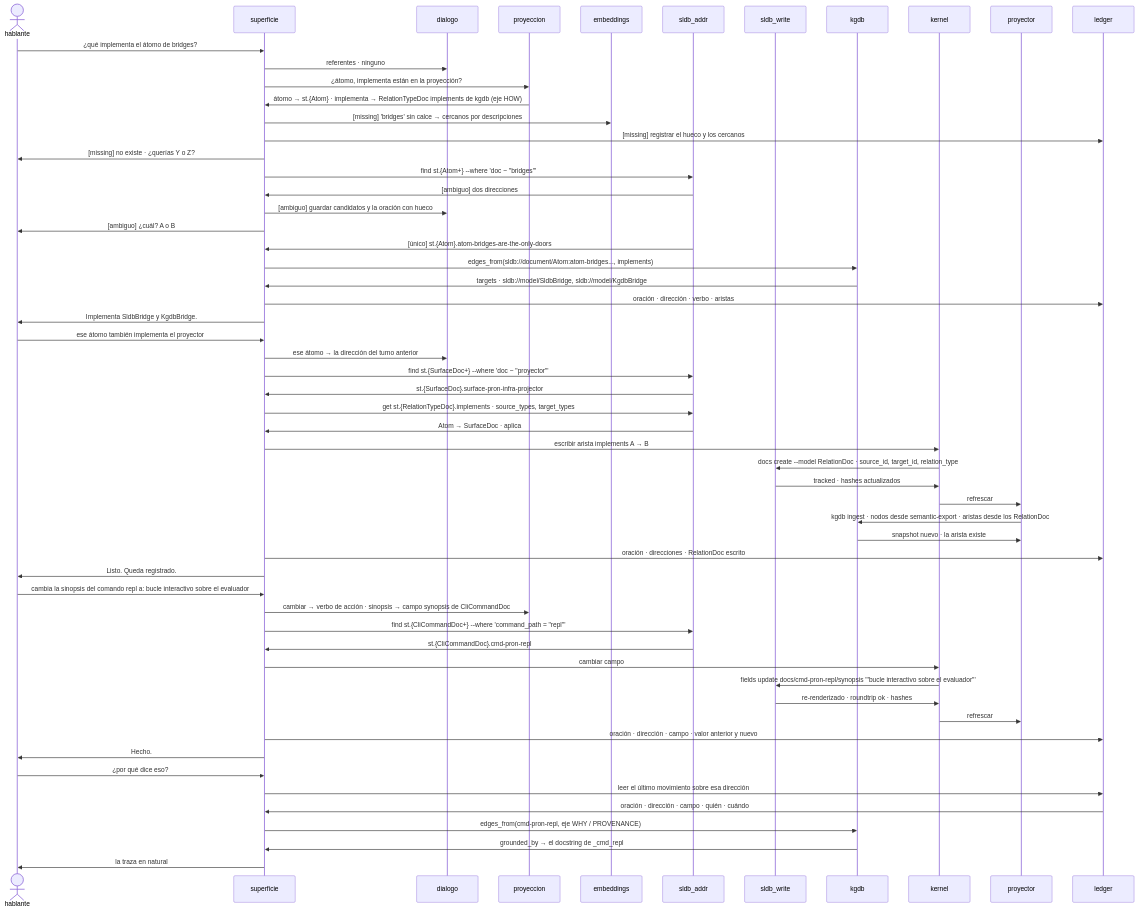
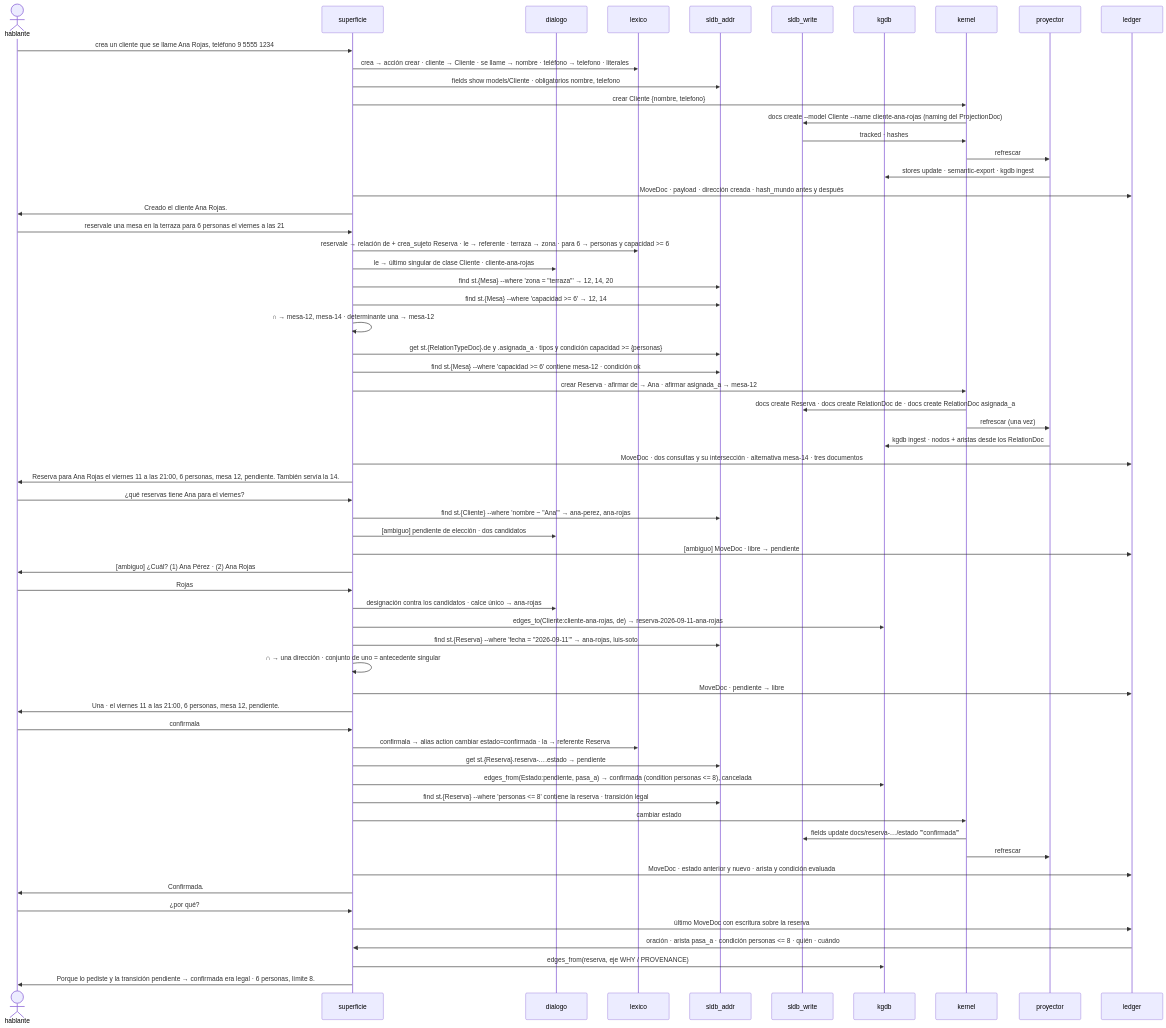
One commit to jpcosec/pron changed the diagram in views/spec2viz/out/mermaid/target.turno.mmd. Above: the diagram before and after it, drawn with Mermaid. The commit also changed 19 other files, not shown here.

```diff
--- a/views/spec2viz/out/mermaid/target.turno.mmd
+++ b/views/spec2viz/out/mermaid/target.turno.mmd
@@ -1,58 +1,62 @@
 sequenceDiagram
     actor hablante
     participant superficie
     participant dialogo
-    participant proyeccion
-    participant embeddings
+    participant lexico
     participant sldb_addr
     participant sldb_write
     participant kgdb
     participant kernel
     participant proyector
     participant ledger
-    hablante->>superficie: ¿qué implementa el átomo de bridges?
-    superficie->>dialogo: referentes · ninguno
-    superficie->>proyeccion: ¿átomo, implementa están en la proyección?
-    proyeccion->>superficie: átomo → st.{Atom} · implementa → RelationTypeDoc implements de kgdb (eje HOW)
-    superficie->>embeddings: [missing] 'bridges' sin calce → cercanos por descripciones
-    superficie->>ledger: [missing] registrar el hueco y los cercanos
-    superficie->>hablante: [missing] no existe · ¿querías Y o Z?
-    superficie->>sldb_addr: find st.{Atom+} --where 'doc ~ "bridges"'
-    sldb_addr->>superficie: [ambiguo] dos direcciones
-    superficie->>dialogo: [ambiguo] guardar candidatos y la oración con hueco
-    superficie->>hablante: [ambiguo] ¿cuál? A o B
-    sldb_addr->>superficie: [único] st.{Atom}.atom-bridges-are-the-only-doors
-    superficie->>kgdb: edges_from(sldb://document/Atom:atom-bridges..., implements)
-    kgdb->>superficie: targets · sldb://model/SldbBridge, sldb://model/KgdbBridge
-    superficie->>ledger: oración · dirección · verbo · aristas
-    superficie->>hablante: Implementa SldbBridge y KgdbBridge.
-    hablante->>superficie: ese átomo también implementa el proyector
-    superficie->>dialogo: ese átomo → la dirección del turno anterior
-    superficie->>sldb_addr: find st.{SurfaceDoc+} --where 'doc ~ "proyector"'
-    sldb_addr->>superficie: st.{SurfaceDoc}.surface-pron-infra-projector
-    superficie->>sldb_addr: get st.{RelationTypeDoc}.implements · source_types, target_types
-    sldb_addr->>superficie: Atom → SurfaceDoc · aplica
-    superficie->>kernel: escribir arista implements A → B
-    kernel->>sldb_write: docs create --model RelationDoc · source_id, target_id, relation_type
-    sldb_write->>kernel: tracked · hashes actualizados
+    hablante->>superficie: crea un cliente que se llame Ana Rojas, teléfono 9 5555 1234
+    superficie->>lexico: crea → acción crear · cliente → Cliente · se llame → nombre · teléfono → telefono · literales
+    superficie->>sldb_addr: fields show models/Cliente · obligatorios nombre, telefono
+    superficie->>kernel: crear Cliente {nombre, telefono}
+    kernel->>sldb_write: docs create --model Cliente --name cliente-ana-rojas (naming del ProjectionDoc)
+    sldb_write->>kernel: tracked · hashes
     kernel->>proyector: refrescar
-    proyector->>kgdb: kgdb ingest · nodos desde semantic-export · aristas desde los RelationDoc
-    kgdb->>proyector: snapshot nuevo · la arista existe
-    superficie->>ledger: oración · direcciones · RelationDoc escrito
-    superficie->>hablante: Listo. Queda registrado.
-    hablante->>superficie: cambia la sinopsis del comando repl a: bucle interactivo sobre el evaluador
-    superficie->>proyeccion: cambiar → verbo de acción · sinopsis → campo synopsis de CliCommandDoc
-    superficie->>sldb_addr: find st.{CliCommandDoc+} --where 'command_path = "repl"'
-    sldb_addr->>superficie: st.{CliCommandDoc}.cmd-pron-repl
-    superficie->>kernel: cambiar campo
-    kernel->>sldb_write: fields update docs/cmd-pron-repl/synopsis '"bucle interactivo sobre el evaluador"'
-    sldb_write->>kernel: re-renderizado · roundtrip ok · hashes
+    proyector->>kgdb: stores update · semantic-export · kgdb ingest
+    superficie->>ledger: MoveDoc · payload · dirección creada · hash_mundo antes y después
+    superficie->>hablante: Creado el cliente Ana Rojas.
+    hablante->>superficie: reservale una mesa en la terraza para 6 personas el viernes a las 21
+    superficie->>lexico: reservale → relación de + crea_sujeto Reserva · le → referente · terraza → zona · para 6 → personas y capacidad #gt;= 6
+    superficie->>dialogo: le → último singular de clase Cliente · cliente-ana-rojas
+    superficie->>sldb_addr: find st.{Mesa} --where 'zona = "terraza"' → 12, 14, 20
+    superficie->>sldb_addr: find st.{Mesa} --where 'capacidad #gt;= 6' → 12, 14
+    superficie->>superficie: ∩ → mesa-12, mesa-14 · determinante una → mesa-12
+    superficie->>sldb_addr: get st.{RelationTypeDoc}.de y .asignada_a · tipos y condición capacidad #gt;= {personas}
+    superficie->>sldb_addr: find st.{Mesa} --where 'capacidad #gt;= 6' contiene mesa-12 · condición ok
+    superficie->>kernel: crear Reserva · afirmar de → Ana · afirmar asignada_a → mesa-12
+    kernel->>sldb_write: docs create Reserva · docs create RelationDoc de · docs create RelationDoc asignada_a
+    kernel->>proyector: refrescar (una vez)
+    proyector->>kgdb: kgdb ingest · nodos + aristas desde los RelationDoc
+    superficie->>ledger: MoveDoc · dos consultas y su intersección · alternativa mesa-14 · tres documentos
+    superficie->>hablante: Reserva para Ana Rojas el viernes 11 a las 21:00, 6 personas, mesa 12, pendiente. También servía la 14.
+    hablante->>superficie: ¿qué reservas tiene Ana para el viernes?
+    superficie->>sldb_addr: find st.{Cliente} --where 'nombre ~ "Ana"' → ana-perez, ana-rojas
+    superficie->>dialogo: [ambiguo] pendiente de elección · dos candidatos
+    superficie->>ledger: [ambiguo] MoveDoc · libre → pendiente
+    superficie->>hablante: [ambiguo] ¿Cuál? (1) Ana Pérez · (2) Ana Rojas
+    hablante->>superficie: Rojas
+    superficie->>dialogo: designación contra los candidatos · calce único → ana-rojas
+    superficie->>kgdb: edges_to(Cliente:cliente-ana-rojas, de) → reserva-2026-09-11-ana-rojas
+    superficie->>sldb_addr: find st.{Reserva} --where 'fecha = "2026-09-11"' → ana-rojas, luis-soto
+    superficie->>superficie: ∩ → una dirección · conjunto de uno = antecedente singular
+    superficie->>ledger: MoveDoc · pendiente → libre
+    superficie->>hablante: Una · el viernes 11 a las 21:00, 6 personas, mesa 12, pendiente.
+    hablante->>superficie: confirmala
+    superficie->>lexico: confirmala → alias action cambiar estado=confirmada · la → referente Reserva
+    superficie->>sldb_addr: get st.{Reserva}.reserva-….estado → pendiente
+    superficie->>kgdb: edges_from(Estado:pendiente, pasa_a) → confirmada (condition personas #lt;= 8), cancelada
+    superficie->>sldb_addr: find st.{Reserva} --where 'personas #lt;= 8' contiene la reserva · transición legal
+    superficie->>kernel: cambiar estado
+    kernel->>sldb_write: fields update docs/reserva-…/estado '"confirmada"'
     kernel->>proyector: refrescar
-    superficie->>ledger: oración · dirección · campo · valor anterior y nuevo
-    superficie->>hablante: Hecho.
-    hablante->>superficie: ¿por qué dice eso?
-    superficie->>ledger: leer el último movimiento sobre esa dirección
-    ledger->>superficie: oración · dirección · campo · quién · cuándo
-    superficie->>kgdb: edges_from(cmd-pron-repl, eje WHY / PROVENANCE)
-    kgdb->>superficie: grounded_by → el docstring de _cmd_repl
-    superficie->>hablante: la traza en natural
+    superficie->>ledger: MoveDoc · estado anterior y nuevo · arista y condición evaluada
+    superficie->>hablante: Confirmada.
+    hablante->>superficie: ¿por qué?
+    superficie->>ledger: último MoveDoc con escritura sobre la reserva
+    ledger->>superficie: oración · arista pasa_a · condición personas #lt;= 8 · quién · cuándo
+    superficie->>kgdb: edges_from(reserva, eje WHY / PROVENANCE)
+    superficie->>hablante: Porque lo pediste y la transición pendiente → confirmada era legal · 6 personas, límite 8.
```
